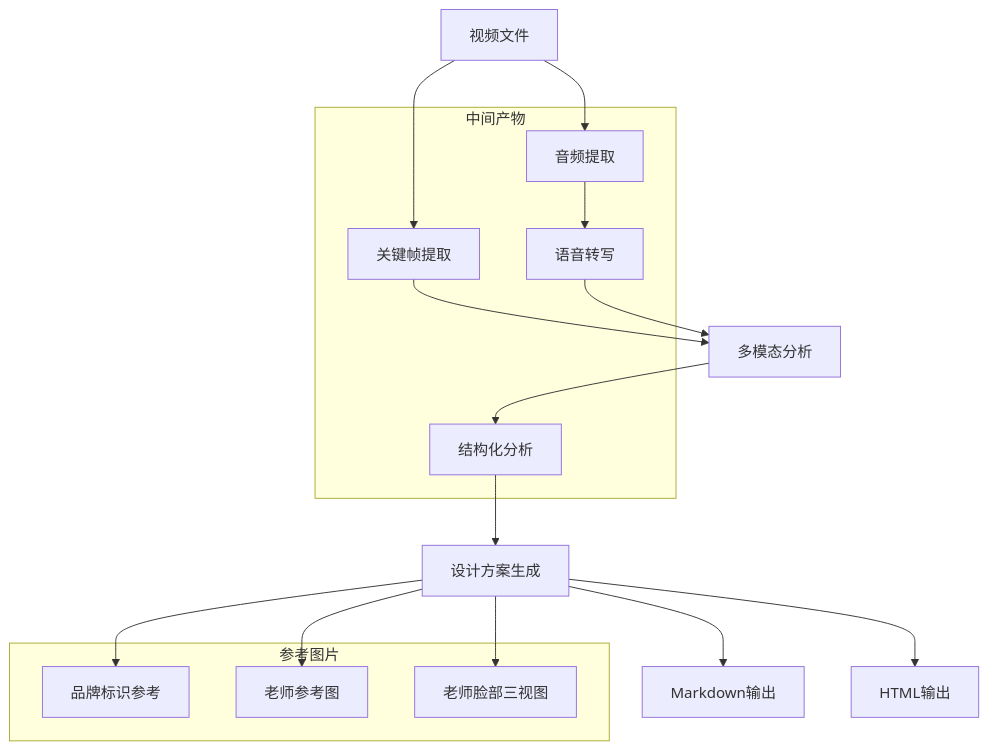
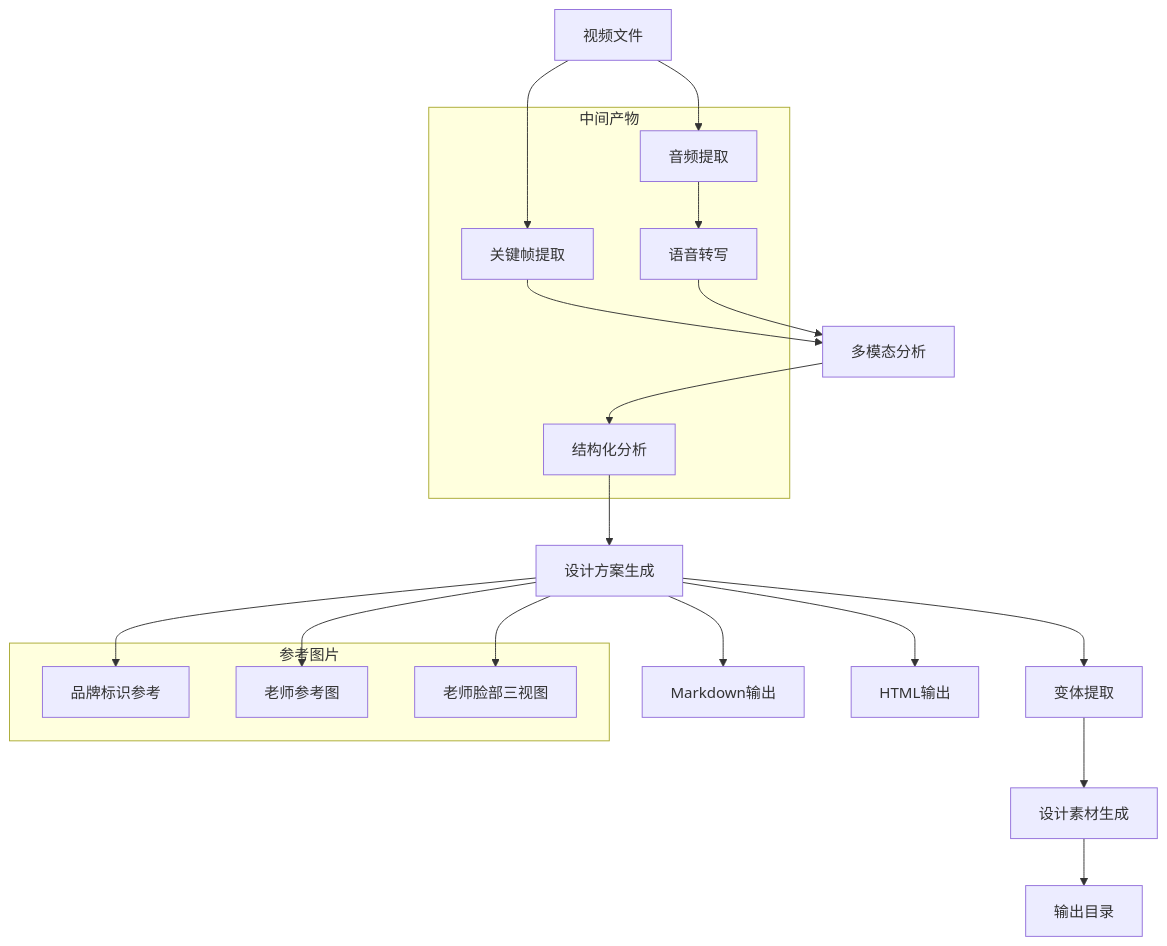
Before and after one commit to WongMingJiu/landingpage-test-hero-page: the third of 11 diagrams in .qoder/repowiki/zh/content/核心模块详解/方案生成模块.md, drawn with Mermaid. The commit also changed other lines of this file and 11 other files, not shown here.

````diff
--- a/.qoder/repowiki/zh/content/核心模块详解/方案生成模块.md
+++ b/.qoder/repowiki/zh/content/核心模块详解/方案生成模块.md
@@ -166,26 +173,29 @@
 ```mermaid
 flowchart TD
 Video[视频文件] --> Frames[关键帧提取]
 Video --> Audio[音频提取]
 Audio --> Transcript[语音转写]
 Frames --> MultiModal[多模态分析]
 Transcript --> MultiModal
 MultiModal --> Analysis[结构化分析]
 Analysis --> Design[设计方案生成]
 Design --> Markdown[Markdown输出]
 Design --> HTML[HTML输出]
+Design --> Variants[变体提取]
+Variants --> DesignRefer[设计素材生成]
+DesignRefer --> Output[输出目录]
 subgraph "中间产物"
 Frames
 Audio
 Transcript
 Analysis
 end
 subgraph "参考图片"
 BrandRef[品牌标识参考]
 TeacherRef[老师参考图]
 FaceRefs[老师脸部三视图]
 end
 Design --> BrandRef
 Design --> TeacherRef
 Design --> FaceRefs
 ```
````
